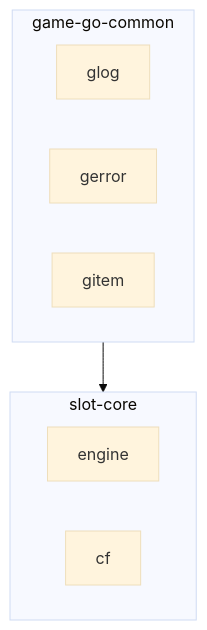
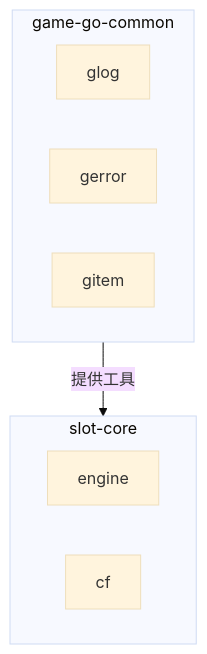
One commit to Aery9527/misty-marketplace changed the fourth of 8 diagrams in skills/write-md/references/mermaid-guide_zhTW.md. Above: the diagram before and after it, drawn with Mermaid (base theme). The commit also changed other lines of this file and 11 other files, not shown here.

First line of the commit message:
docs(write-md): 精簡共通規則並修正 Mermaid 範例一致性

````diff
--- a/skills/write-md/references/mermaid-guide_zhTW.md
+++ b/skills/write-md/references/mermaid-guide_zhTW.md
@@ -104,13 +107,13 @@
 ```mermaid
 flowchart TD
     subgraph Common["game-go-common"]
         Glog["glog"]
         Gerror["gerror"]
         Gitem["gitem"]
     end
     subgraph Core["slot-core"]
         Engine["engine"]
         Cf["cf"]
     end
-    Common --> Core
+    Common -->|提供工具| Core
 ```
````
